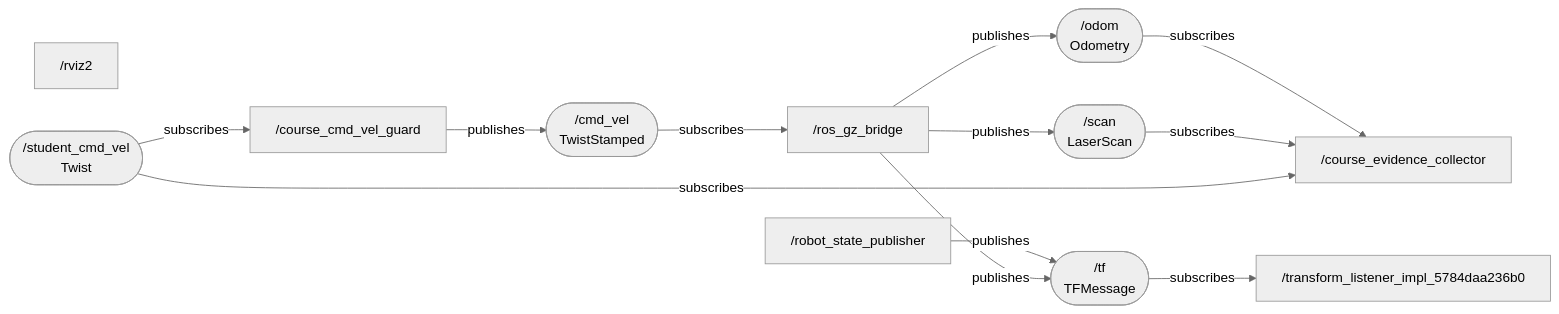
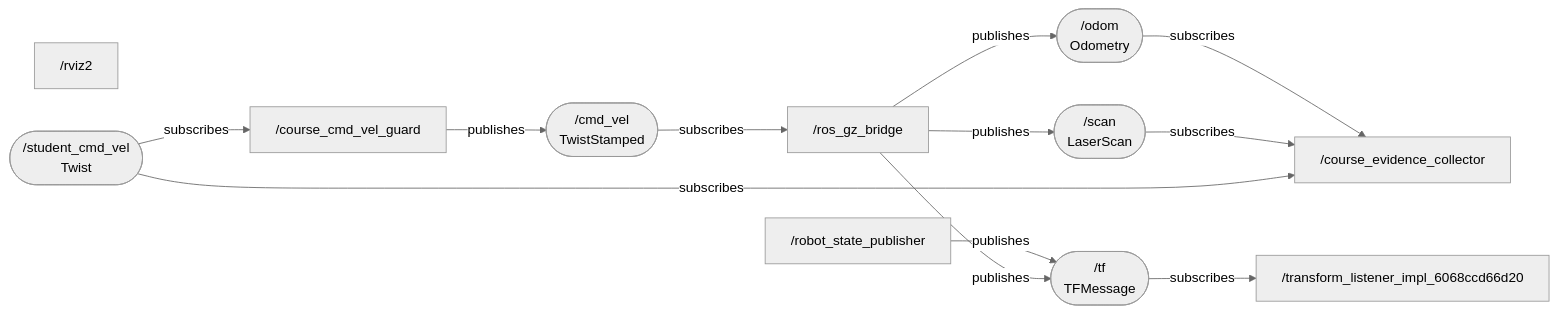
Before and after one commit to adskilawhdiadjanklsd/robotics-fall2026: the diagram in week01_ros_foundations/student_submission/mission_1/ros_system_diagram.md, drawn with Mermaid (neutral theme). The commit also changed 5 other files, not shown here.

````diff
--- a/week01_ros_foundations/student_submission/mission_1/ros_system_diagram.md
+++ b/week01_ros_foundations/student_submission/mission_1/ros_system_diagram.md
@@ -3,25 +3,25 @@
 ```mermaid
 flowchart LR
   n0["/course_cmd_vel_guard"]
   n1["/course_evidence_collector"]
   n2["/robot_state_publisher"]
   n3["/ros_gz_bridge"]
   n4["/rviz2"]
-  n5["/transform_listener_impl_5784daa236b0"]
+  n5["/transform_listener_impl_6068ccd66d20"]
   t0(["/cmd_vel<br/>TwistStamped"])
   n0 -->|publishes| t0
   t0 -->|subscribes| n3
   t1(["/odom<br/>Odometry"])
   n3 -->|publishes| t1
   t1 -->|subscribes| n1
   t2(["/scan<br/>LaserScan"])
   n3 -->|publishes| t2
   t2 -->|subscribes| n1
   t3(["/student_cmd_vel<br/>Twist"])
   t3 -->|subscribes| n0
   t3 -->|subscribes| n1
   t4(["/tf<br/>TFMessage"])
   n2 -->|publishes| t4
   n3 -->|publishes| t4
   t4 -->|subscribes| n5
 ```
````
